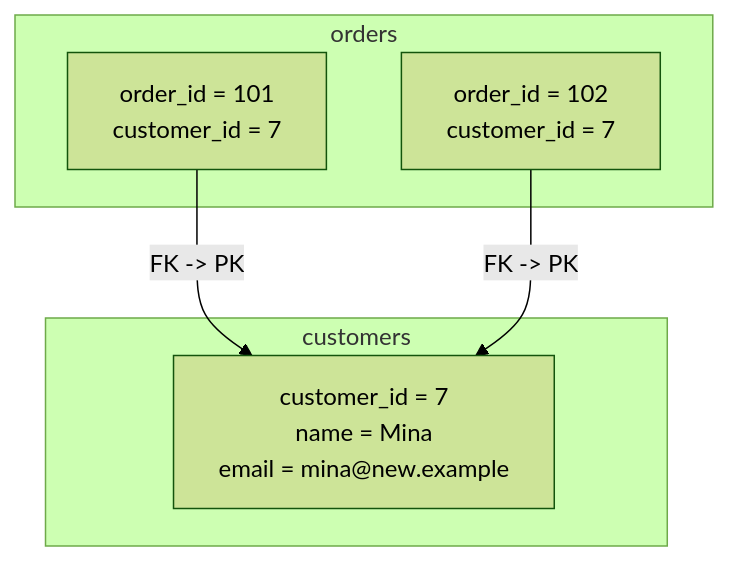
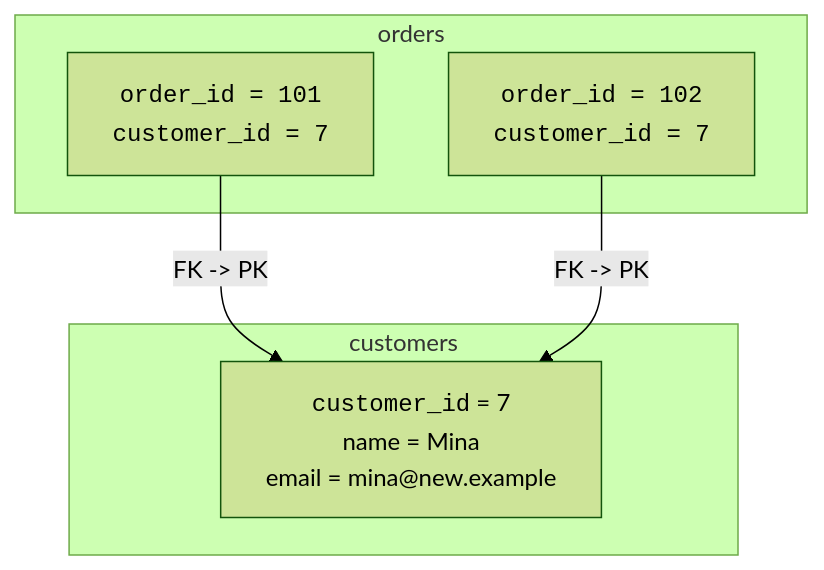
The fourth of 7 diagrams in content/learn/database-design-postgresql/foreign-keys.mdx (dataslope/dataslope), drawn with Mermaid (forest theme) before and after one commit. The commit also changed other lines of this file and 218 other files, not shown here.

First line of the commit message:
Render code-only mermaid shapes in monospace; convert step sequences to Steps (#467)

````diff
--- a/content/learn/database-design-postgresql/foreign-keys.mdx
+++ b/content/learn/database-design-postgresql/foreign-keys.mdx
@@ -63,12 +63,12 @@
 ```mermaid
 flowchart TB
     subgraph customers["customers"]
-        C1["customer_id = 7<br/>name = Mina<br/>email = mina@new.example"]
+        C1["<code>customer_id</code> = 7<br/>name = Mina<br/>email = mina@new.example"]
     end
     subgraph orders["orders"]
-        O1["order_id = 101<br/>customer_id = 7"]
-        O2["order_id = 102<br/>customer_id = 7"]
+        O1["<code>order_id = 101<br/>customer_id = 7</code>"]
+        O2["<code>order_id = 102<br/>customer_id = 7</code>"]
     end
     O1 -->|"FK -> PK"| C1
     O2 -->|"FK -> PK"| C1
 ```
````
